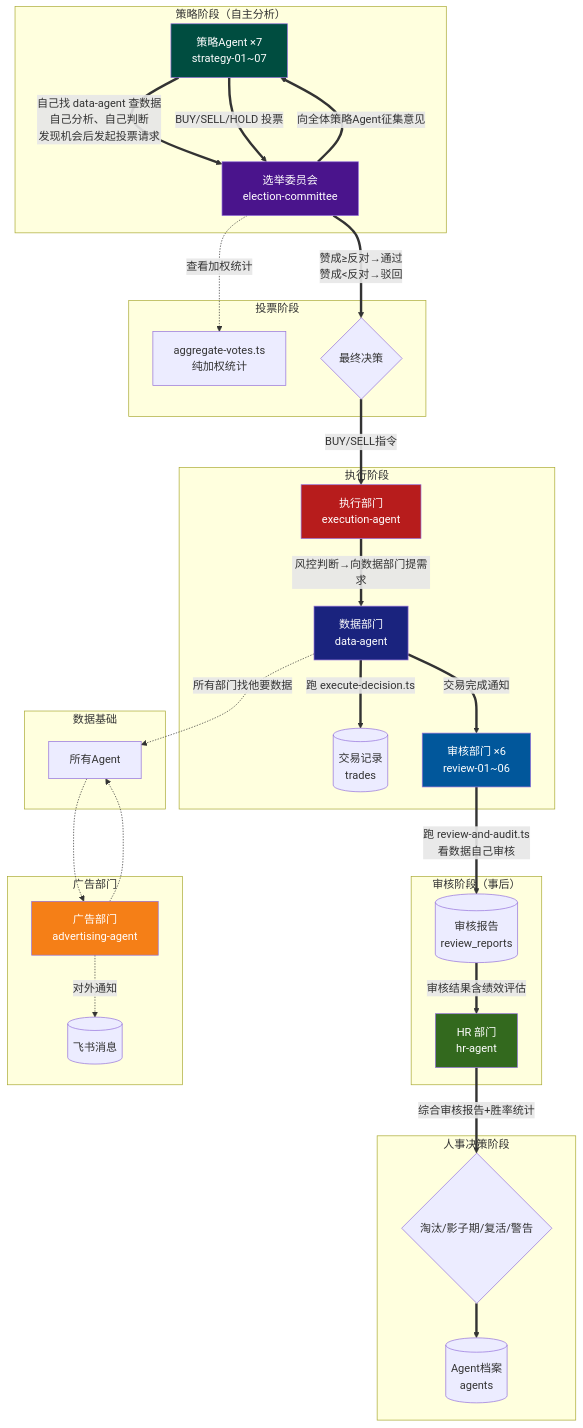
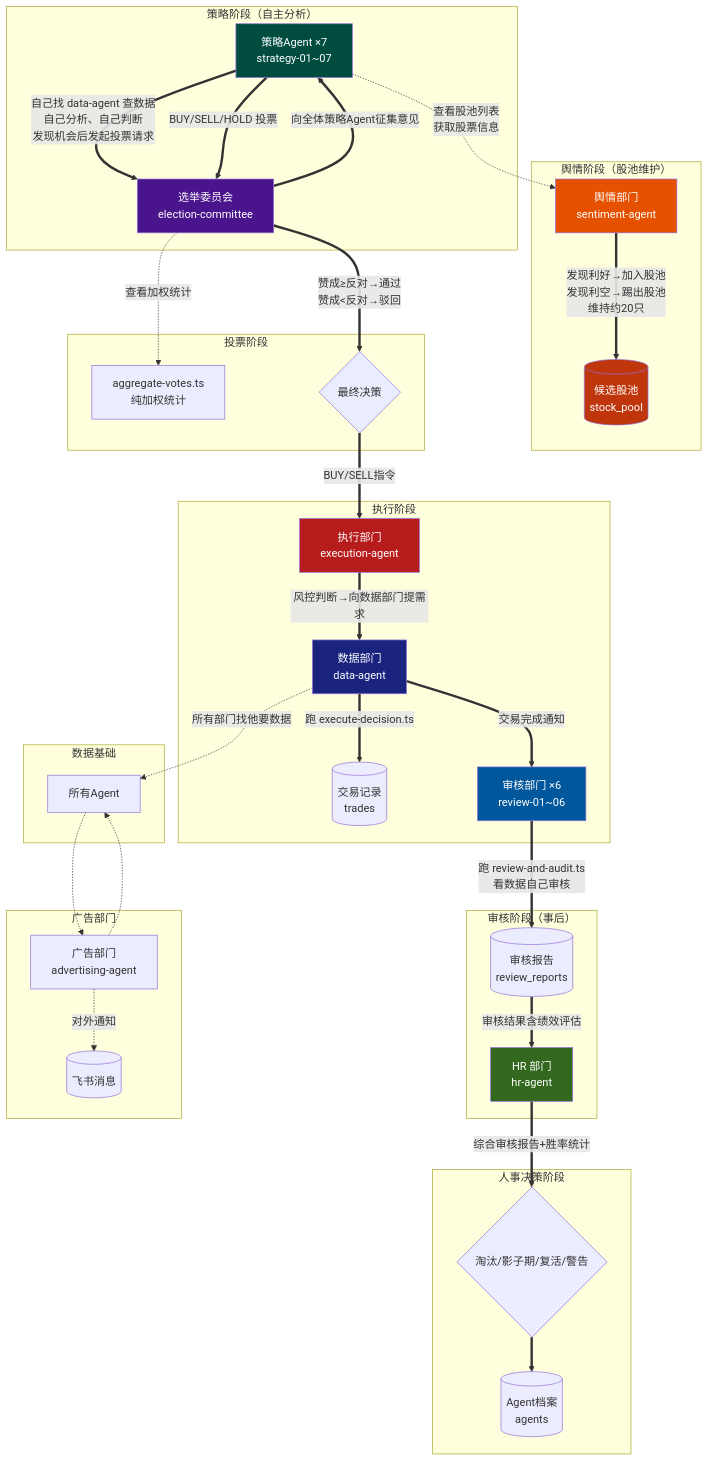
Before and after one commit to fantian007/hermes-trading-system: the first of 5 diagrams in docs/architecture.md, drawn with Mermaid. The commit also changed other lines of this file and 5 other files, not shown here.

````diff
--- a/docs/architecture.md
+++ b/docs/architecture.md
@@ -29,49 +29,55 @@
 ```mermaid
 graph TB
+    subgraph "舆情阶段（股池维护）"
+        SENT[舆情部门<br/>sentiment-agent] ==>|"发现利好→加入股池<br/>发现利空→踢出股池<br/>维持约20只"| POOL[(候选股池<br/>stock_pool)]
+    end
+
     subgraph "策略阶段（自主分析）"
-        STRATEGY[策略Agent ×7<br/>strategy-01~07] ==>|"自己找 data-agent 查数据<br/>自己分析、自己判断<br/>发现机会后发起投票请求"| EC[选举委员会<br/>election-committee]
+        STRATEGY[策略Agent ×7<br/>strategy-01~07] -.->|"查看股池列表<br/>获取股票信息"| SENT
+        STRATEGY ==>|"自己找 data-agent 查数据<br/>自己分析、自己判断<br/>发现机会后发起投票请求"| EC[选举委员会<br/>election-committee]
     end
 
     subgraph "投票阶段"
         EC ==>|"向全体策略Agent征集意见"| STRATEGY
         STRATEGY ==>|"BUY/SELL/HOLD 投票"| EC
         EC -.->|"查看加权统计"| AGG[aggregate-votes.ts<br/>纯加权统计]
         EC ==>|"赞成≥反对→通过<br/>赞成<反对→驳回"| DECISION{最终决策}
     end
 
     subgraph "执行阶段"
         DECISION ==>|"BUY/SELL指令"| EXEC[执行部门<br/>execution-agent]
         EXEC ==>|"风控判断→向数据部门提需求"| DATA[数据部门<br/>data-agent]
         DATA ==>|"跑 execute-decision.ts"| TRADE[(交易记录<br/>trades)]
         DATA ==>|"交易完成通知"| REVIEW[审核部门 ×6<br/>review-01~06]
     end
 
     subgraph "审核阶段（事后）"
         REVIEW ==>|"跑 review-and-audit.ts<br/>看数据自己审核"| REPORTS[(审核报告<br/>review_reports)]
         REPORTS ==>|"审核结果含绩效评估"| HR[HR 部门<br/>hr-agent]
     end
 
     subgraph "人事决策阶段"
         HR ==>|"综合审核报告+胜率统计"| DECIDE{淘汰/影子期/复活/警告}
         DECIDE ==> AGENTS[(Agent档案<br/>agents)]
     end
 
     subgraph "数据基础"
         DATA -.->|"所有部门找他要数据"| ALL[所有Agent]
     end
 
     subgraph "广告部门"
         AD[广告部门<br/>advertising-agent] -.->|"对外通知"| FEISHU[(飞书消息)]
     end
 
     AD -.-> ALL
     ALL -.-> AD
 
-    style AD fill:#f57f17,color:#fff
+    style SENT fill:#e65100,color:#fff
+    style POOL fill:#bf360c,color:#fff
     style DATA fill:#1a237e,color:#fff
     style STRATEGY fill:#004d40,color:#fff
     style EC fill:#4a148c,color:#fff
     style REVIEW fill:#01579b,color:#fff
     style EXEC fill:#b71c1c,color:#fff
     style HR fill:#33691e,color:#fff
 ```
````
